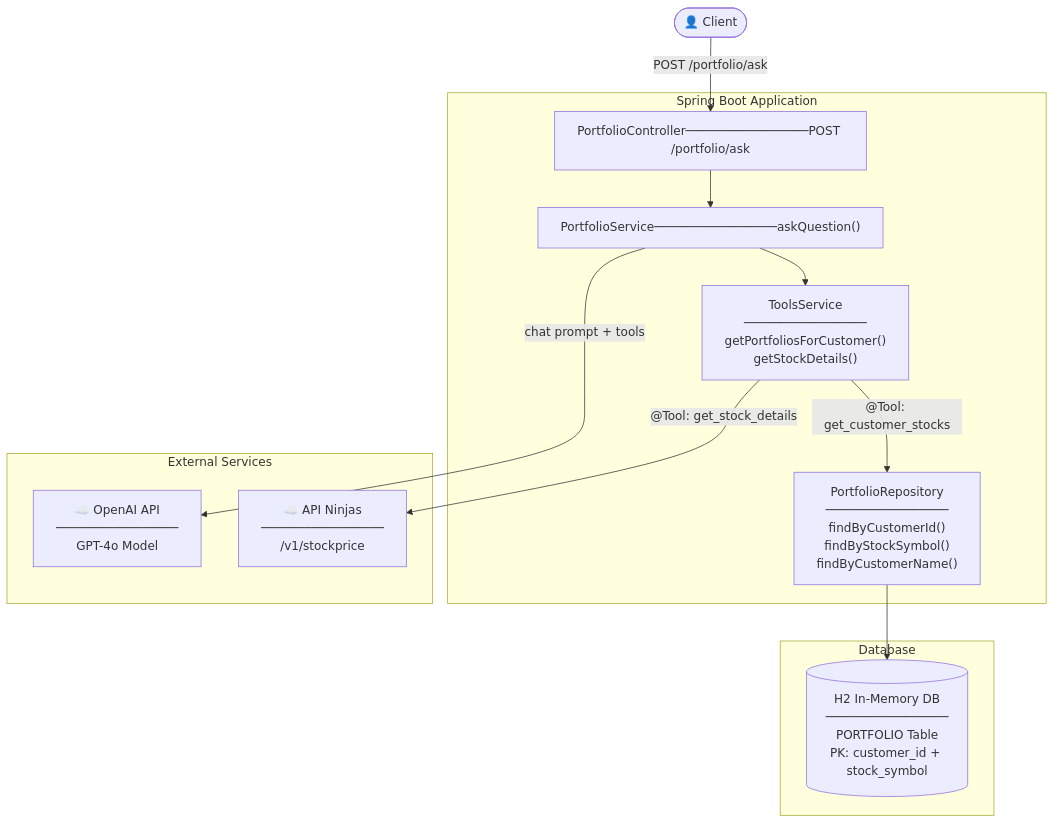
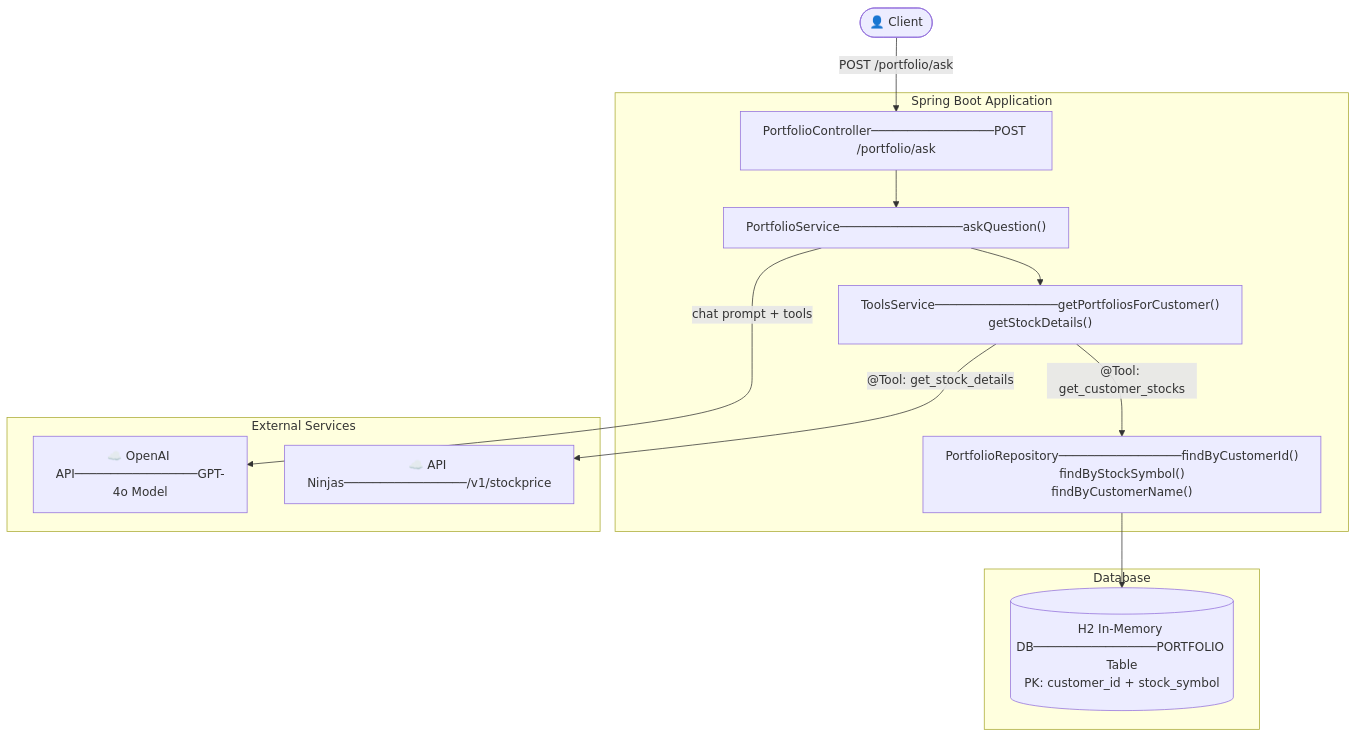
One commit to n-kishore1983/my-stock-portfolio changed the first of 5 diagrams in README.md. Above: the diagram before and after it, drawn with Mermaid.

Commit message:
Read me file

````diff
--- a/README.md
+++ b/README.md
@@ -10,28 +10,28 @@
 ```mermaid
 graph TD
     Client(["👤 Client"])
 
     subgraph Spring Boot Application
         PC["PortfolioController─────────────────POST /portfolio/ask"]
         PS["PortfolioService─────────────────askQuestion()"]
-        TS["ToolsService\n─────────────────\ngetPortfoliosForCustomer()\ngetStockDetails()"]
-        PR["PortfolioRepository\n─────────────────\nfindByCustomerId()\nfindByStockSymbol()\nfindByCustomerName()"]
+        TS["ToolsService─────────────────getPortfoliosForCustomer()\ngetStockDetails()"]
+        PR["PortfolioRepository─────────────────findByCustomerId()\nfindByStockSymbol()\nfindByCustomerName()"]
     end
 
     subgraph Database
-        H2[("H2 In-Memory DB\n─────────────────\nPORTFOLIO Table\nPK: customer_id + stock_symbol")]
+        H2[("H2 In-Memory DB─────────────────PORTFOLIO Table\nPK: customer_id + stock_symbol")]
     end
 
     subgraph External Services
-        OAI["☁️ OpenAI API\n─────────────────\nGPT-4o Model"]
-        AN["☁️ API Ninjas\n─────────────────\n/v1/stockprice"]
+        OAI["☁️ OpenAI API─────────────────GPT-4o Model"]
+        AN["☁️ API Ninjas─────────────────/v1/stockprice"]
     end
 
     Client -->|"POST /portfolio/ask"| PC
     PC --> PS
     PS -->|"chat prompt + tools"| OAI
     PS --> TS
     TS -->|"@Tool: get_customer_stocks"| PR
     TS -->|"@Tool: get_stock_details"| AN
     PR --> H2
 ```
````
